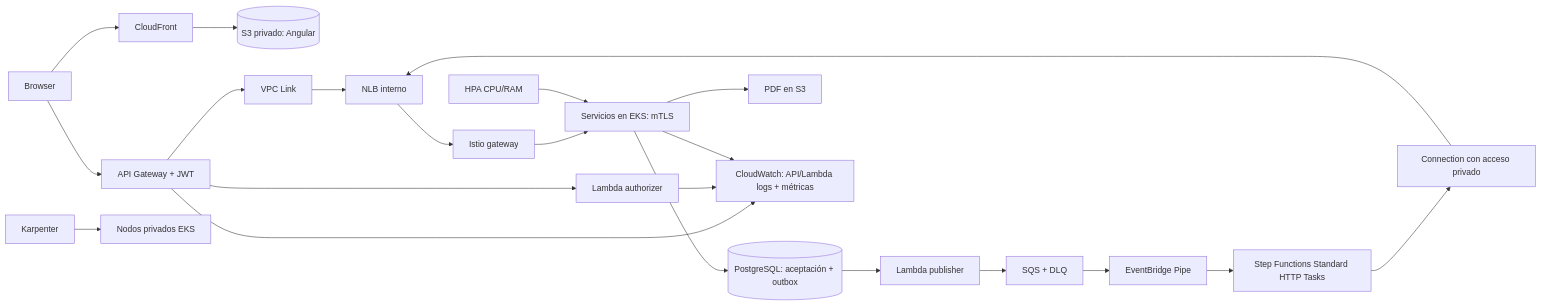
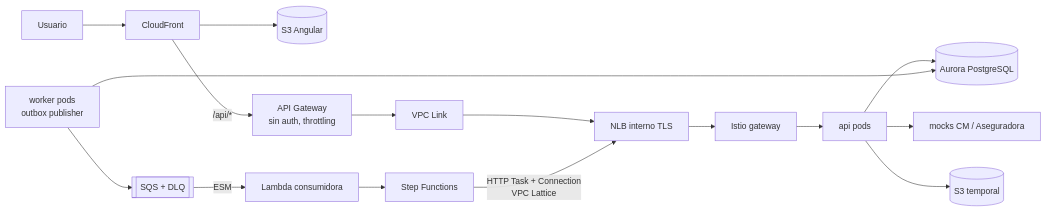
The diagram in aws/README.md (Mercally/micro-test), drawn with Mermaid before and after one commit. The commit also changed other lines of this file and 45 other files, not shown here.

First line of the commit message:
feat: Implement AWS SQS Outbox pattern with transactional support

````diff
--- a/aws/README.md
+++ b/aws/README.md
@@ -23,24 +10,16 @@
 ```mermaid
 flowchart LR
-  C[Browser] --> CF[CloudFront]
-  CF --> WEB[(S3 privado: Angular)]
-  C --> API[API Gateway + JWT]
-  API --> AUTH[Lambda authorizer]
-  API --> VL[VPC Link]
-  VL --> N[NLB interno]
-  N --> I[Istio gateway]
-  I --> M[Servicios en EKS: mTLS]
-  M --> DB[(PostgreSQL: aceptación + outbox)]
-  DB --> P[Lambda publisher]
-  P --> Q[SQS + DLQ]
-  Q --> Pipe[EventBridge Pipe]
-  Pipe --> SF[Step Functions Standard HTTP Tasks]
-  SF --> Conn[Connection con acceso privado]
-  Conn --> N
-  M --> S3[PDF en S3]
-  H[HPA CPU/RAM] --> M
-  K[Karpenter] --> E[Nodos privados EKS]
-  API --> CW[CloudWatch: API/Lambda logs + métricas]
-  AUTH --> CW
-  M --> CW
+  U[Usuario] --> CF[CloudFront]
+  CF --> WEB[(S3 Angular)]
+  CF -->|/api/*| APIGW[API Gateway<br/>sin auth, throttling]
+  APIGW --> VL[VPC Link] --> NLB[NLB interno TLS]
+  NLB --> IG[Istio gateway] --> API[api pods]
+  API --> DB[(Aurora PostgreSQL)]
+  WK[worker pods<br/>outbox publisher] --> DB
+  WK --> Q[[SQS + DLQ]]
+  Q -->|ESM| L[Lambda consumidora]
+  L --> SF[Step Functions]
+  SF -->|HTTP Task + Connection<br/>VPC Lattice| NLB
+  API --> MK[mocks CM / Aseguradora]
+  API --> S3[(S3 temporal)]
 ```
````
